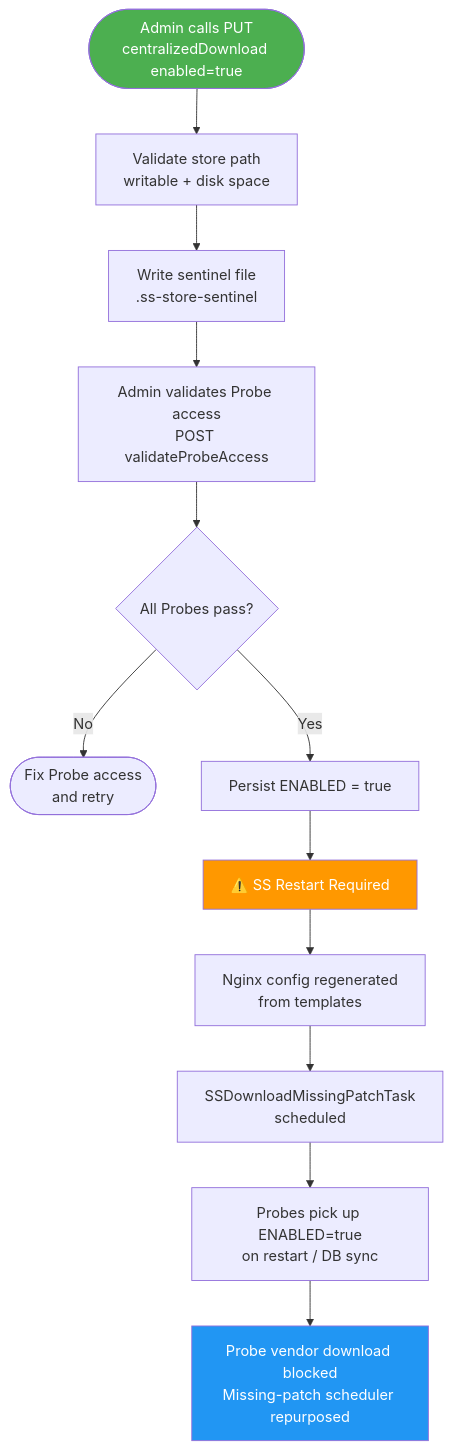
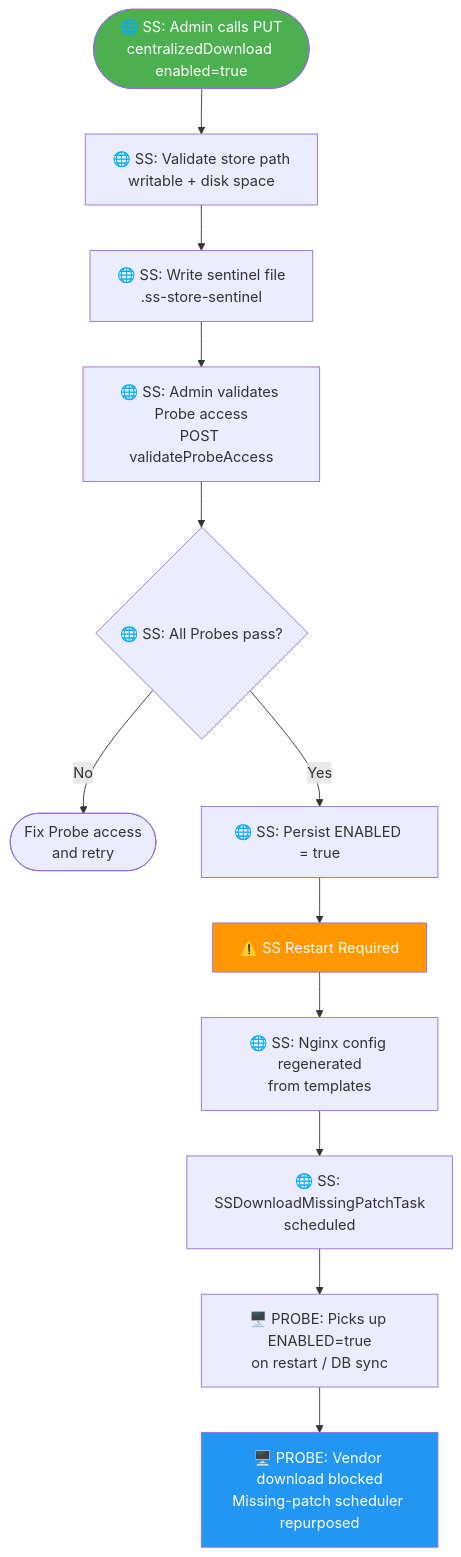
Before and after one commit to ranjithkumar-a-23525/RebaseEx: diagram 13 of 29 in use-case-diagrams.md, drawn with Mermaid. The commit also changed other lines of this file, not shown here.

````diff
--- a/use-case-diagrams.md
+++ b/use-case-diagrams.md
@@ -249,18 +249,18 @@
 ```mermaid
 flowchart TD
-    A([Admin calls PUT<br/>centralizedDownload enabled=true]) --> B[Validate store path<br/>writable + disk space]
-    B --> C[Write sentinel file<br/>.ss-store-sentinel]
-    C --> D[Admin validates Probe access<br/>POST validateProbeAccess]
-    D --> E{All Probes pass?}
-    E -->|No| F([Fix Probe access<br/>and retry])
-    E -->|Yes| G[Persist ENABLED = true]
+    A(["🌐 SS: Admin calls PUT<br/>centralizedDownload enabled=true"]) --> B["🌐 SS: Validate store path<br/>writable + disk space"]
+    B --> C["🌐 SS: Write sentinel file<br/>.ss-store-sentinel"]
+    C --> D["🌐 SS: Admin validates Probe access<br/>POST validateProbeAccess"]
+    D --> E{"🌐 SS: All Probes pass?"}
+    E -->|No| F(["Fix Probe access<br/>and retry"])
+    E -->|Yes| G["🌐 SS: Persist ENABLED = true"]
     G --> H["⚠️ SS Restart Required"]
-    H --> I[Nginx config regenerated<br/>from templates]
-    I --> J[SSDownloadMissingPatchTask<br/>scheduled]
-    J --> K[Probes pick up ENABLED=true<br/>on restart / DB sync]
-    K --> L[Probe vendor download blocked<br/>Missing-patch scheduler repurposed]
+    H --> I["🌐 SS: Nginx config regenerated<br/>from templates"]
+    I --> J["🌐 SS: SSDownloadMissingPatchTask<br/>scheduled"]
+    J --> K["🖥️ PROBE: Picks up ENABLED=true<br/>on restart / DB sync"]
+    K --> L["🖥️ PROBE: Vendor download blocked<br/>Missing-patch scheduler repurposed"]
 
     style A fill:#4CAF50,color:#fff
     style H fill:#FF9800,color:#fff
     style L fill:#2196F3,color:#fff
 ```
````
